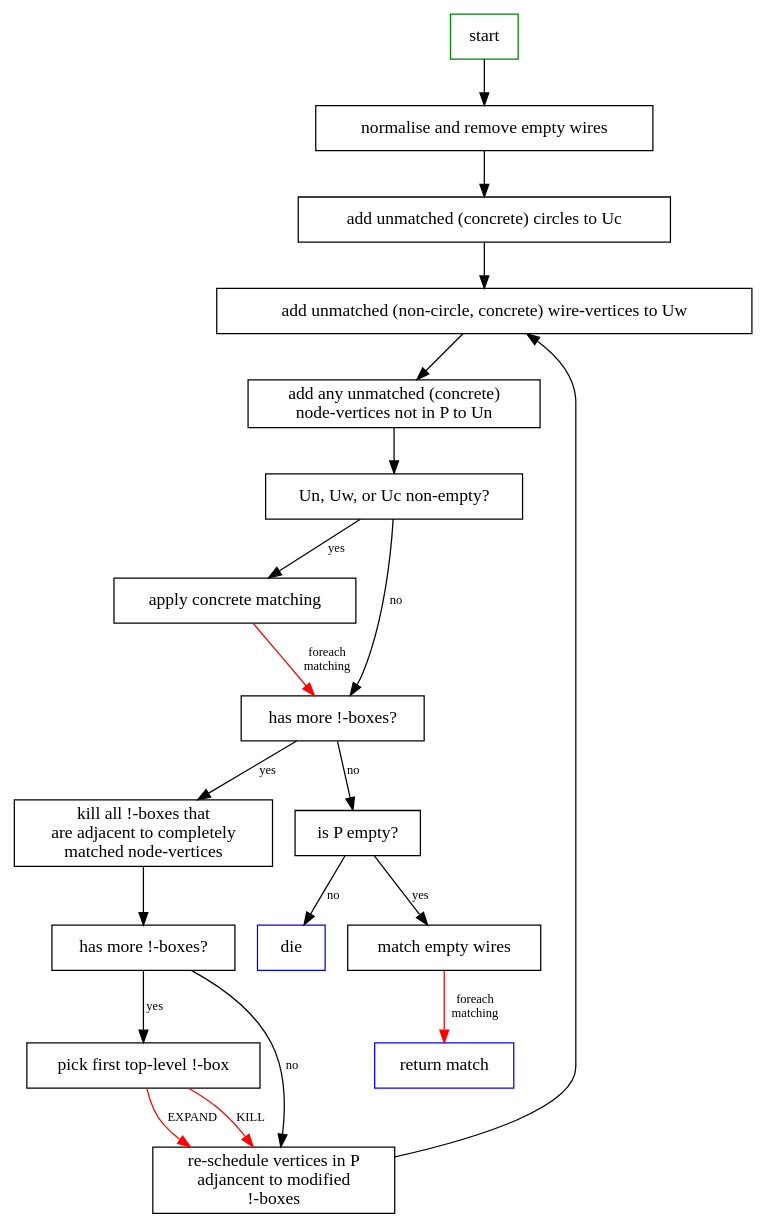
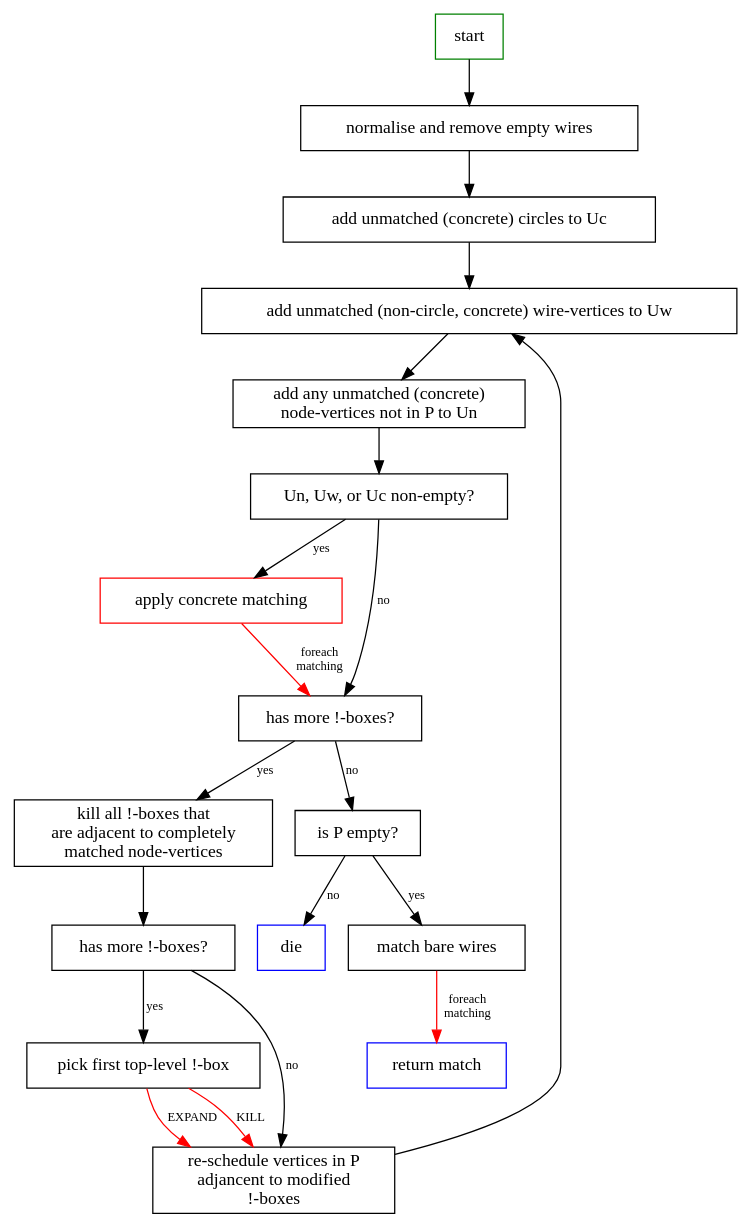
The diagram in docs/matching_algo/pattern_part.dot (zxcalc/quantomatic), drawn with Graphviz before and after one commit. The commit also changed 2 other files, not shown here.

Commit message:
Make the matching algo docs clearer

```diff
--- a/docs/matching_algo/pattern_part.dot
+++ b/docs/matching_algo/pattern_part.dot
@@ -1,37 +1,37 @@
 digraph {
     node [shape=box]
     edge [fontsize=10]
     
     start [color=green]
     normalise [label="normalise and remove empty wires"]
     addcircles [label="add unmatched (concrete) circles to Uc"]
     addwires [label="add unmatched (non-circle, concrete) wire-vertices to Uw"]
     addnodes [label="add any unmatched (concrete)\nnode-vertices not in P to Un"]
     unmatched [label="Un, Uw, or Uc non-empty?"]
-    match [label="apply concrete matching"]
+    match [label="apply concrete matching",color=red]
     morebang [label="has more !-boxes?"]
     morebang1 [label="has more !-boxes?"]
     pickbang [label="pick first top-level !-box"]
     schedule [label="re-schedule vertices in P\nadjancent to modified\n!-boxes"]
     killcomplete [label="kill all !-boxes that\nare adjacent to completely\nmatched node-vertices"]
     nopartial [label="is P empty?"]
     die [label=die,color=blue]
-    emptywires [label="match empty wires"]
+    emptywires [label="match bare wires"]
     done [label="return match",color=blue]
     
     start -> normalise -> addcircles -> addwires -> addnodes -> unmatched
     unmatched -> match [label=yes]
     unmatched -> morebang [label=no]
     match -> morebang [label="foreach\nmatching",color=red]
     morebang -> killcomplete [label=yes]
     killcomplete -> morebang1
     morebang1 -> pickbang [label=yes]
     morebang1 -> schedule [label=no]
     pickbang -> schedule [label="EXPAND",color=red]
     pickbang -> schedule [label="KILL",color=red]
     schedule -> addwires
     morebang -> nopartial [label=no]
     nopartial -> emptywires [label=yes]
     nopartial -> die [label=no]
     emptywires -> done [label="foreach\nmatching",color=red]
 }
```
